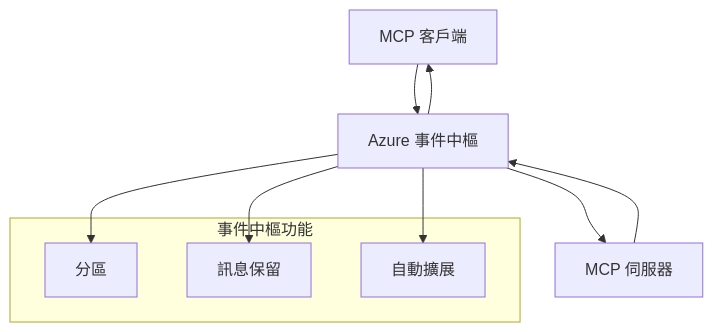
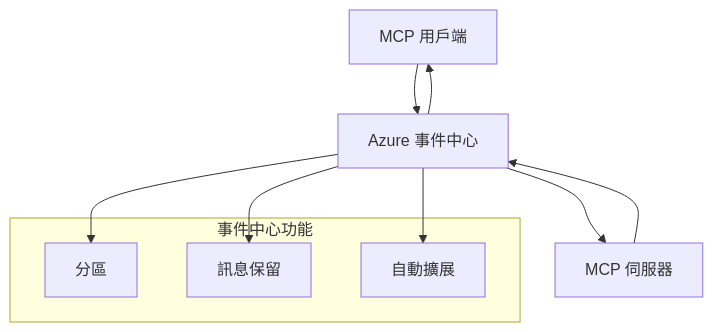
One commit to HIDORAKAI002/ai-workspace-archive changed the second of 2 diagrams in mcp_ecosystem__model_context_protocol/mcp_learning_resources/mcp-for-beginners/translations/zh-MO/05-AdvancedTopics/mcp-transport/README.md. Above: the diagram before and after it, drawn with Mermaid. The commit also changed other lines of this file and 1046 other files, not shown here.

````diff
--- a/mcp_ecosystem__model_context_protocol/mcp_learning_resources/mcp-for-beginners/translations/zh-MO/05-AdvancedTopics/mcp-transport/README.md
+++ b/mcp_ecosystem__model_context_protocol/mcp_learning_resources/mcp-for-beginners/translations/zh-MO/05-AdvancedTopics/mcp-transport/README.md
@@ -270,17 +272,17 @@
 ```mermaid
 graph TB
-    Client[MCP 客戶端] --> EH[Azure 事件中樞]
+    Client[MCP 用戶端] --> EH[Azure 事件中心]
     EH --> Server[MCP 伺服器]
     Server --> EH
     EH --> Client
     
-    subgraph "事件中樞功能"
+    subgraph "事件中心功能"
         Partition[分區]
         Retention[訊息保留]
         Scaling[自動擴展]
     end
     
     EH --> Partition
     EH --> Retention
     EH --> Scaling
 ```
````
